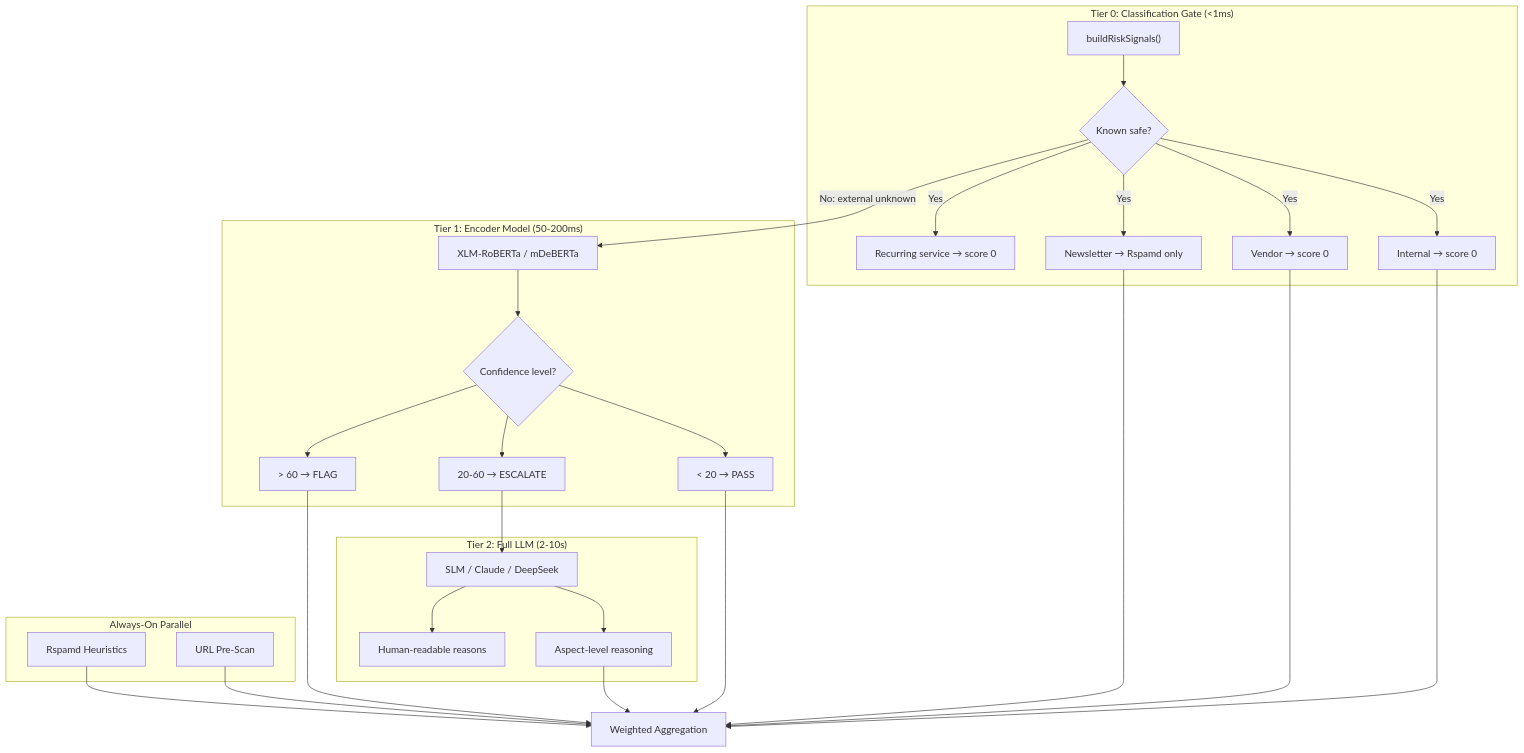
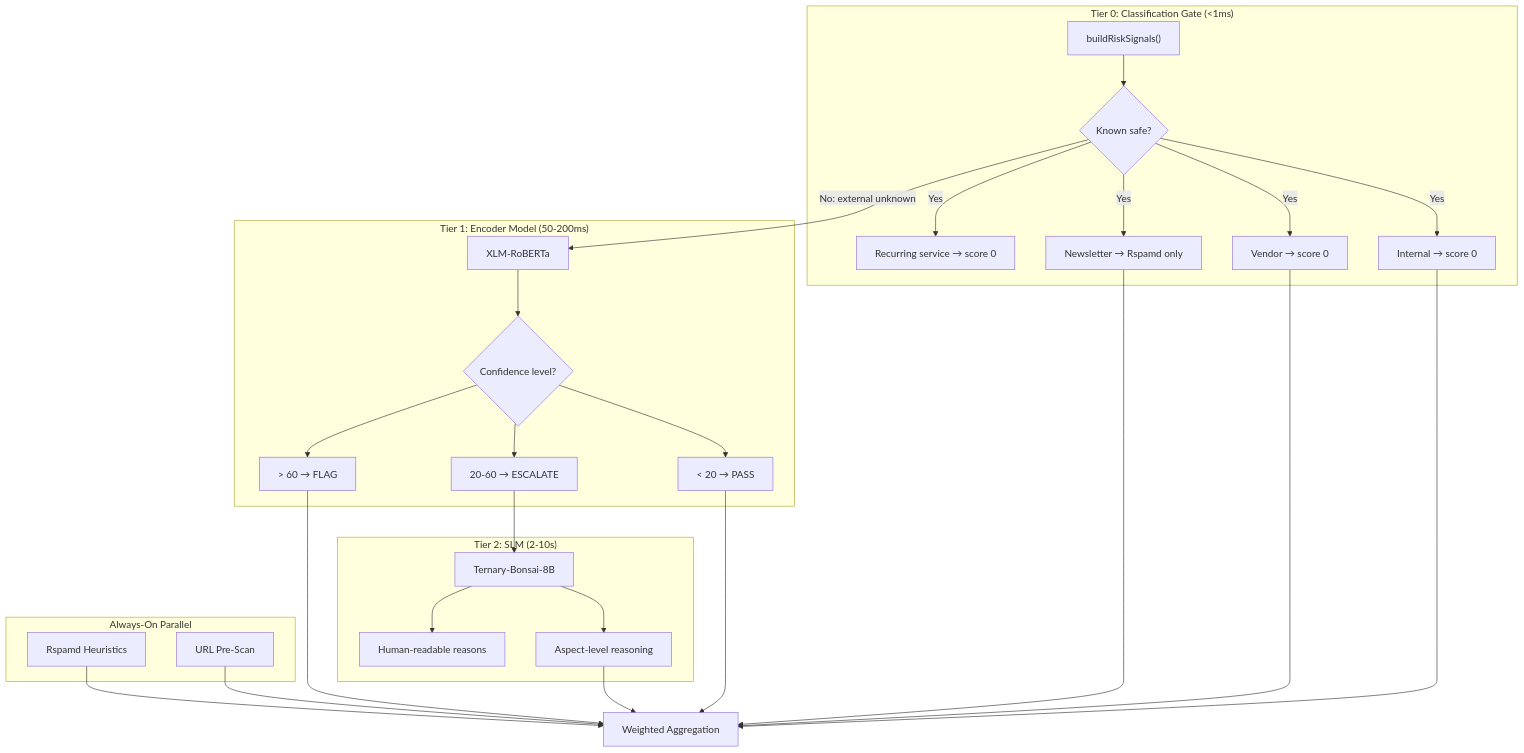
One commit to kennguy3n/sn360-es changed the third of 4 diagrams in internal/docs/ARCHITECTURE.md. Above: the diagram before and after it, drawn with Mermaid. The commit also changed other lines of this file and 6 other files, not shown here.

Commit message:
docs(part-5): rewrite README, PROPOSAL, ARCHITECTURE, PHASES, PROGRESS + minor corpus docs

````diff
--- a/internal/docs/ARCHITECTURE.md
+++ b/internal/docs/ARCHITECTURE.md
@@ -178,53 +192,53 @@
 ```mermaid
 graph TD
     subgraph "Tier 0: Classification Gate (<1ms)"
         RS["buildRiskSignals()"]
         Gate{"Known safe?"}
         Internal["Internal → score 0"]
         Vendor["Vendor → score 0"]
         Newsletter["Newsletter → Rspamd only"]
         Recurring["Recurring service → score 0"]
     end
 
     subgraph "Tier 1: Encoder Model (50-200ms)"
-        Encoder["XLM-RoBERTa / mDeBERTa"]
+        Encoder["XLM-RoBERTa"]
         T1Gate{"Confidence level?"}
         Safe["< 20 → PASS"]
         Ambiguous["20-60 → ESCALATE"]
         Threat["> 60 → FLAG"]
     end
 
-    subgraph "Tier 2: Full LLM (2-10s)"
-        LLM["SLM / Claude / DeepSeek"]
+    subgraph "Tier 2: SLM (2-10s)"
+        SLM["Ternary-Bonsai-8B"]
         Aspects["Aspect-level reasoning"]
         Reasons["Human-readable reasons"]
     end
 
     subgraph "Always-On Parallel"
         Rspamd["Rspamd Heuristics"]
         URLScan["URL Pre-Scan"]
     end
 
     RS --> Gate
     Gate -->|"Yes"| Internal
     Gate -->|"Yes"| Vendor
     Gate -->|"Yes"| Newsletter
     Gate -->|"Yes"| Recurring
     Gate -->|"No: external unknown"| Encoder
     Encoder --> T1Gate
     T1Gate --> Safe
     T1Gate --> Ambiguous
     T1Gate --> Threat
-    Ambiguous --> LLM
-    LLM --> Aspects
-    LLM --> Reasons
+    Ambiguous --> SLM
+    SLM --> Aspects
+    SLM --> Reasons
 
     Rspamd --> WeightedScore["Weighted Aggregation"]
     Internal --> WeightedScore
     Vendor --> WeightedScore
     Newsletter --> WeightedScore
     Safe --> WeightedScore
     Threat --> WeightedScore
     Aspects --> WeightedScore
     URLScan --> WeightedScore
 ```
````
